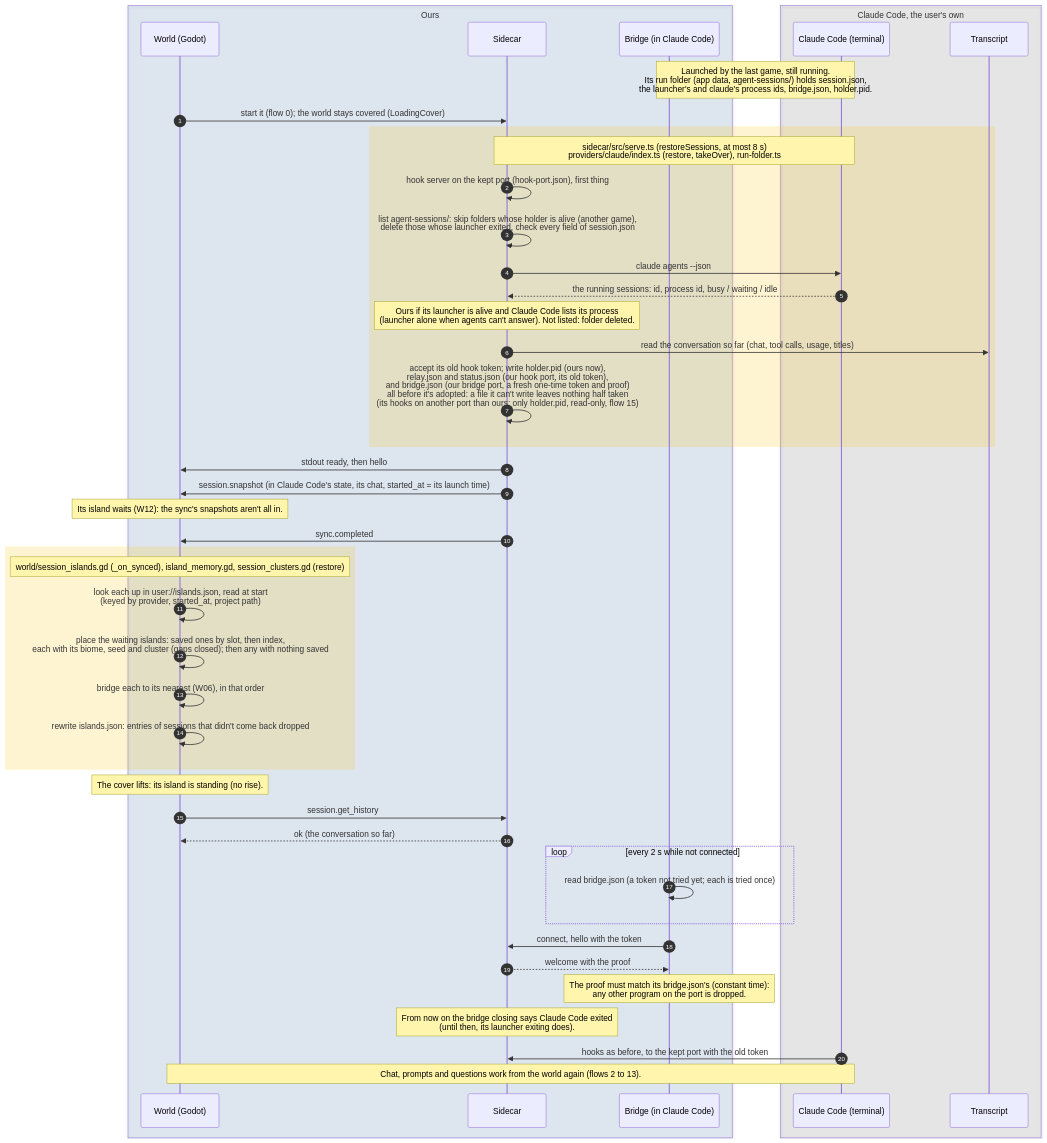
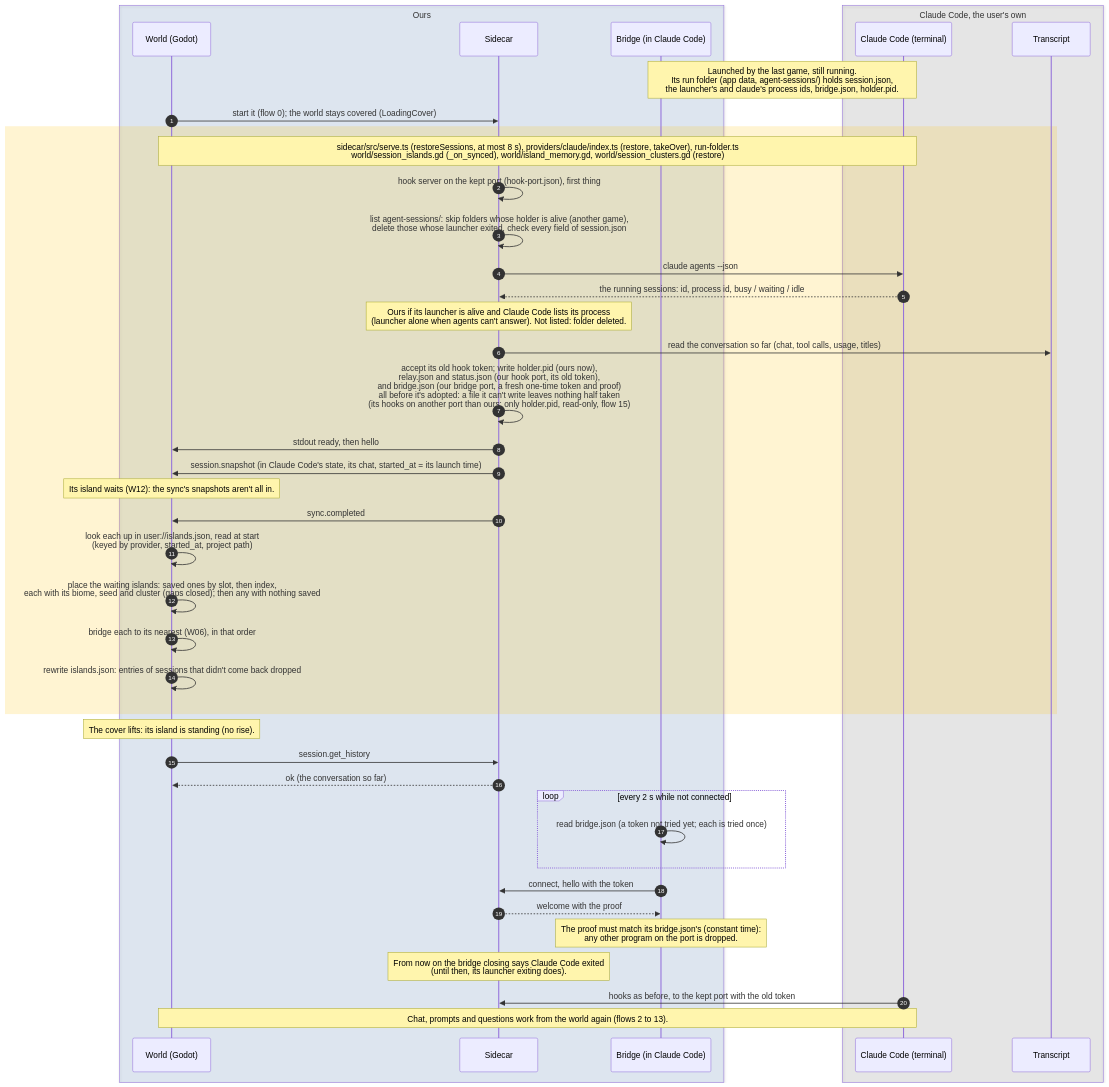
One commit to PaoloPortugal/The-Beach changed the diagram in docs/diagrams/sequence/14-reattach-after-restart.md. Above: the diagram before and after it, drawn with Mermaid. The commit also changed 4 other files, not shown here.

Commit message:
Docs: W12 review fixes (owner-only atomic file, strict entries, two games open point; W01, W05, W10 notes; Private by default; suites' islands file; flow 14 one band, world/ paths; flows row; guide kinds and privacy; dev log)

````diff
--- a/docs/diagrams/sequence/14-reattach-after-restart.md
+++ b/docs/diagrams/sequence/14-reattach-after-restart.md
@@ -8,51 +8,48 @@
 ```mermaid
 sequenceDiagram
     autonumber
 
     box rgba(47,111,191,0.12) Ours
         participant World as World (Godot)
         participant Sidecar
         participant Bridge as Bridge (in Claude Code)
     end
 
     box rgba(128,128,128,0.14) Claude Code, the user's own
         participant Claude as Claude Code (terminal)
         participant Log as Transcript
     end
 
     Note over Claude,Bridge: Launched by the last game, still running.<br/>Its run folder (app data, agent-sessions/) holds session.json,<br/>the launcher's and claude's process ids, bridge.json, holder.pid.
     World->>Sidecar: start it (flow 0)#59; the world stays covered (LoadingCover)
     rect rgba(255,193,7,0.18)
-        Note over Sidecar,Claude: sidecar/src/serve.ts (restoreSessions, at most 8 s)<br/>providers/claude/index.ts (restore, takeOver), run-folder.ts
+        Note over World,Claude: sidecar/src/serve.ts (restoreSessions, at most 8 s), providers/claude/index.ts (restore, takeOver), run-folder.ts<br/>world/session_islands.gd (_on_synced), world/island_memory.gd, world/session_clusters.gd (restore)
         Sidecar->>Sidecar: hook server on the kept port (hook-port.json), first thing
         Sidecar->>Sidecar: list agent-sessions/: skip folders whose holder is alive (another game),<br/>delete those whose launcher exited, check every field of session.json
         Sidecar->>Claude: claude agents --json
         Claude-->>Sidecar: the running sessions: id, process id, busy / waiting / idle
         Note over Sidecar: Ours if its launcher is alive and Claude Code lists its process<br/>(launcher alone when agents can't answer). Not listed: folder deleted.
         Sidecar->>Log: read the conversation so far (chat, tool calls, usage, titles)
         Sidecar->>Sidecar: accept its old hook token#59; write holder.pid (ours now),<br/>relay.json and status.json (our hook port, its old token),<br/>and bridge.json (our bridge port, a fresh one-time token and proof)<br/>all before it's adopted: a file it can't write leaves nothing half taken<br/>(its hooks on another port than ours: only holder.pid, read-only, flow 15)
-    end
-    Sidecar->>World: stdout ready, then hello
-    Sidecar->>World: session.snapshot (in Claude Code's state, its chat, started_at = its launch time)
-    Note over World: Its island waits (W12): the sync's snapshots aren't all in.
-    Sidecar->>World: sync.completed
-    rect rgba(255,193,7,0.18)
-        Note over World: world/session_islands.gd (_on_synced), island_memory.gd, session_clusters.gd (restore)
+        Sidecar->>World: stdout ready, then hello
+        Sidecar->>World: session.snapshot (in Claude Code's state, its chat, started_at = its launch time)
+        Note over World: Its island waits (W12): the sync's snapshots aren't all in.
+        Sidecar->>World: sync.completed
         World->>World: look each up in user://islands.json, read at start<br/>(keyed by provider, started_at, project path)
         World->>World: place the waiting islands: saved ones by slot, then index,<br/>each with its biome, seed and cluster (gaps closed)#59; then any with nothing saved
         World->>World: bridge each to its nearest (W06), in that order
         World->>World: rewrite islands.json: entries of sessions that didn't come back dropped
     end
     Note over World: The cover lifts: its island is standing (no rise).
     World->>Sidecar: session.get_history
     Sidecar-->>World: ok (the conversation so far)
     loop every 2 s while not connected
         Bridge->>Bridge: read bridge.json (a token not tried yet#59; each is tried once)
     end
     Bridge->>Sidecar: connect, hello with the token
     Sidecar-->>Bridge: welcome with the proof
     Note over Bridge: The proof must match its bridge.json's (constant time):<br/>any other program on the port is dropped.
     Note over Sidecar: From now on the bridge closing says Claude Code exited<br/>(until then, its launcher exiting does).
     Claude->>Sidecar: hooks as before, to the kept port with the old token
     Note over World,Claude: Chat, prompts and questions work from the world again (flows 2 to 13).
 ```
````
